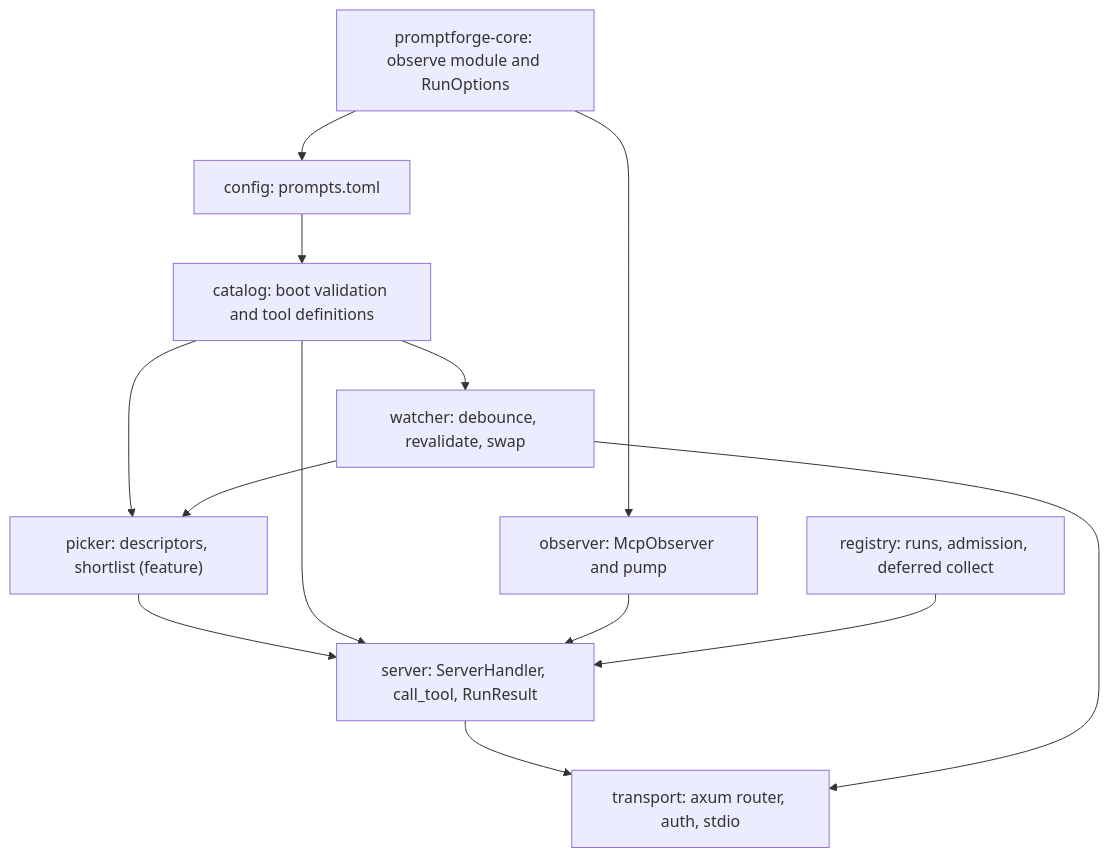
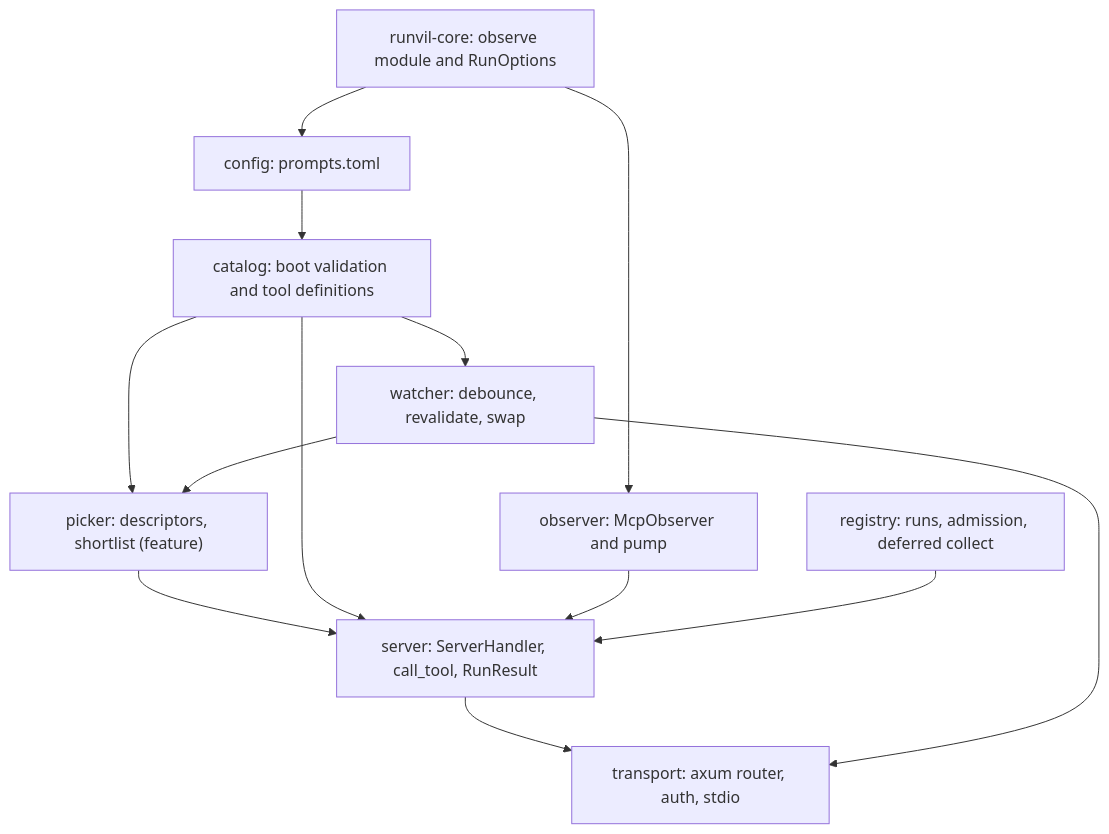
The first of 2 diagrams in vibe/2026-08/2026-08-02-2-mcp-server.md (cppalliance/promptforge), drawn with Mermaid before and after one commit. The commit also changed other lines of this file and 1573 other files, not shown here.

````diff
--- a/vibe/2026-08/2026-08-02-2-mcp-server.md
+++ b/vibe/2026-08/2026-08-02-2-mcp-server.md
@@ -126,24 +126,24 @@
 ```mermaid
 flowchart TD
-    Core["promptforge-core: observe module and RunOptions"]
+    Core["runvil-core: observe module and RunOptions"]
     Config["config: prompts.toml"]
     Catalog["catalog: boot validation and tool definitions"]
     Handler["server: ServerHandler, call_tool, RunResult"]
     Obs["observer: McpObserver and pump"]
     Reg["registry: runs, admission, deferred collect"]
     Router["transport: axum router, auth, stdio"]
     Watch["watcher: debounce, revalidate, swap"]
     Pick["picker: descriptors, shortlist (feature)"]
     Catalog --> Pick
     Pick --> Handler
     Watch --> Pick
     Core --> Config
     Config --> Catalog
     Catalog --> Handler
     Core --> Obs
     Obs --> Handler
     Reg --> Handler
     Handler --> Router
     Catalog --> Watch
     Watch --> Router
 ```
````
